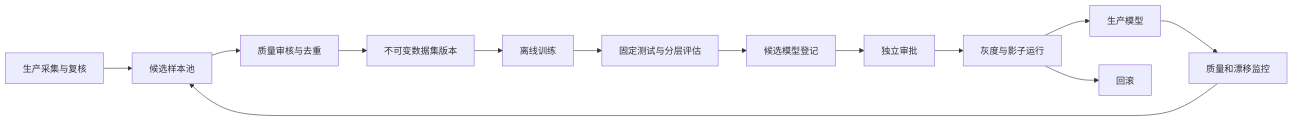
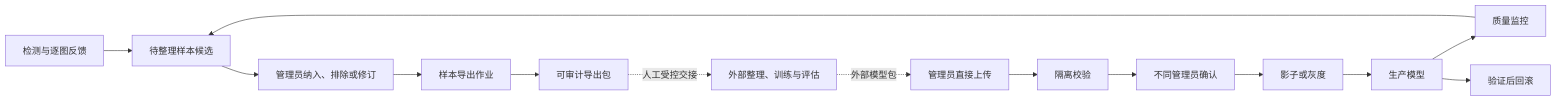
One commit to wxyii/tool-defect-project changed the diagram in docs/08-增量训练闭环.md. Above: the diagram before and after it, drawn with Mermaid. The commit also changed other lines of this file and 25 other files, not shown here.

````diff
--- a/docs/08-增量训练闭环.md
+++ b/docs/08-增量训练闭环.md
@@ -48,15 +85,16 @@
 ```mermaid
 flowchart LR
-    Production["生产采集与复核"] --> Pool["候选样本池"]
-    Pool --> Curation["质量审核与去重"]
-    Curation --> Dataset["不可变数据集版本"]
-    Dataset --> Train["离线训练"]
-    Train --> Evaluate["固定测试与分层评估"]
-    Evaluate --> Registry["候选模型登记"]
-    Registry --> Approval["独立审批"]
-    Approval --> Canary["灰度与影子运行"]
-    Canary --> ProductionModel["生产模型"]
-    ProductionModel --> Monitor["质量和漂移监控"]
-    Monitor --> Pool
-    Canary --> Rollback["回滚"]
+    Detection["检测与逐图反馈"] --> Candidate["待整理样本候选"]
+    Candidate --> Decision["管理员纳入、排除或修订"]
+    Decision --> Export["样本导出作业"]
+    Export --> Package["可审计导出包"]
+    Package -. "人工受控交接" .-> External["外部整理、训练与评估"]
+    External -. "外部模型包" .-> Upload["管理员直接上传"]
+    Upload --> Quarantine["隔离校验"]
+    Quarantine --> Approval["不同管理员确认"]
+    Approval --> Canary["影子或灰度"]
+    Canary --> Production["生产模型"]
+    Production --> Monitor["质量监控"]
+    Monitor --> Candidate
+    Production --> Rollback["验证后回滚"]
 ```
````
